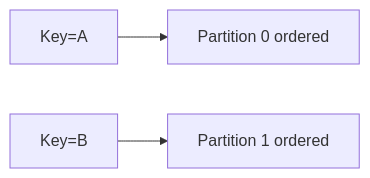
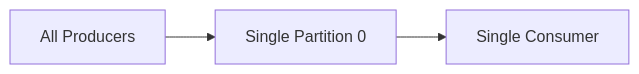
One commit to hareramcse/SystemDesign changed diagram 12 of 27 in 06-messaging-and-events/README.md. Above: the diagram before and after it, drawn with Mermaid. The commit also changed other lines of this file and 14 other files, not shown here.

````diff
--- a/06-messaging-and-events/README.md
+++ b/06-messaging-and-events/README.md
@@ -694,5 +703,5 @@
 ```mermaid
 flowchart LR
-    K1[Key=A] --> P0[Partition 0 ordered]
-    K2[Key=B] --> P1[Partition 1 ordered]
+  P[All Producers] --> Part0[Single Partition 0]
+  Part0 --> C[Single Consumer]
 ```
````
